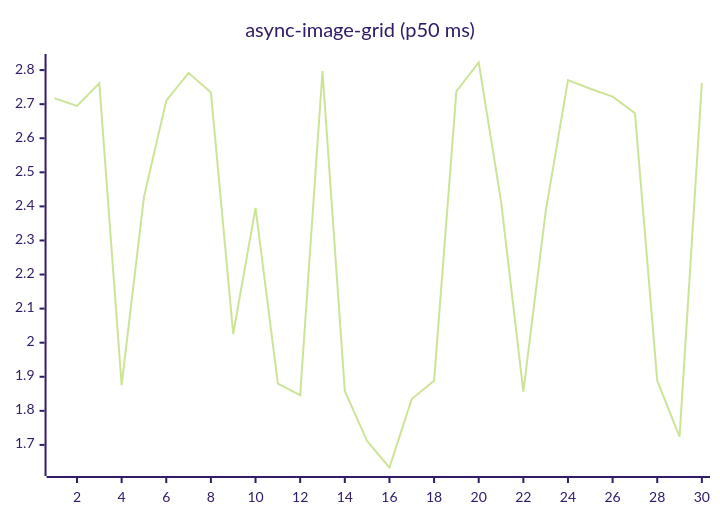
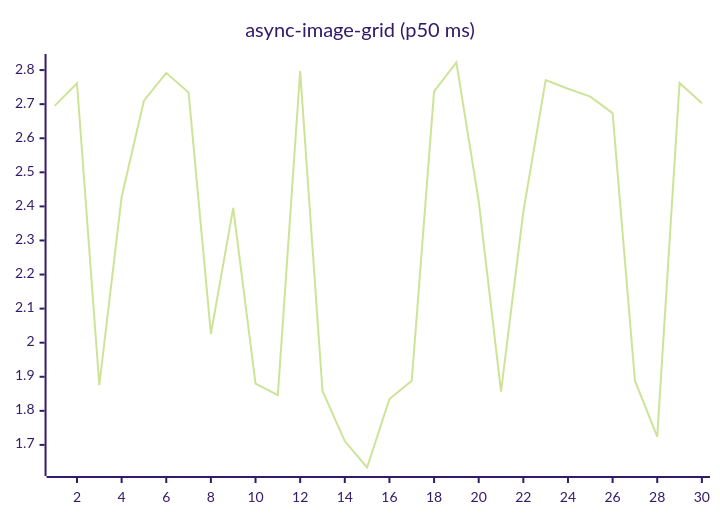
One commit to josha/Facet changed the fifth of 27 diagrams in README.md. Above: the diagram before and after it, drawn with Mermaid (forest theme). The commit also changed other lines of this file and 2 other files, not shown here.

````diff
--- a/README.md
+++ b/README.md
@@ -91,6 +91,6 @@
 ```mermaid
 xychart-beta
     title "async-image-grid (p50 ms)"
     x-axis 1 --> 30
-    line [2.7175, 2.6949, 2.7614, 1.8756, 2.4277, 2.7103, 2.7919, 2.7346, 2.0254, 2.3955, 1.8801, 1.8461, 2.7970, 1.8583, 1.7113, 1.6337, 1.8346, 1.8885, 2.7375, 2.8223, 2.4153, 1.8565, 2.3845, 2.7705, 2.7451, 2.7222, 2.6737, 1.8884, 1.7244, 2.7624]
+    line [2.6949, 2.7614, 1.8756, 2.4277, 2.7103, 2.7919, 2.7346, 2.0254, 2.3955, 1.8801, 1.8461, 2.7970, 1.8583, 1.7113, 1.6337, 1.8346, 1.8885, 2.7375, 2.8223, 2.4153, 1.8565, 2.3845, 2.7705, 2.7451, 2.7222, 2.6737, 1.8884, 1.7244, 2.7624, 2.7026]
 ```
````
